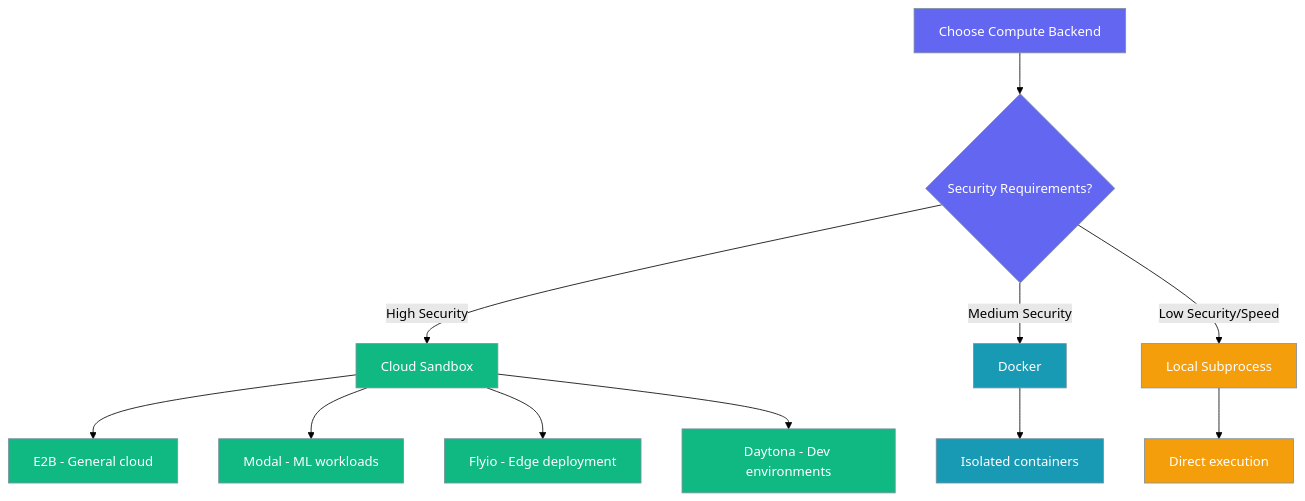
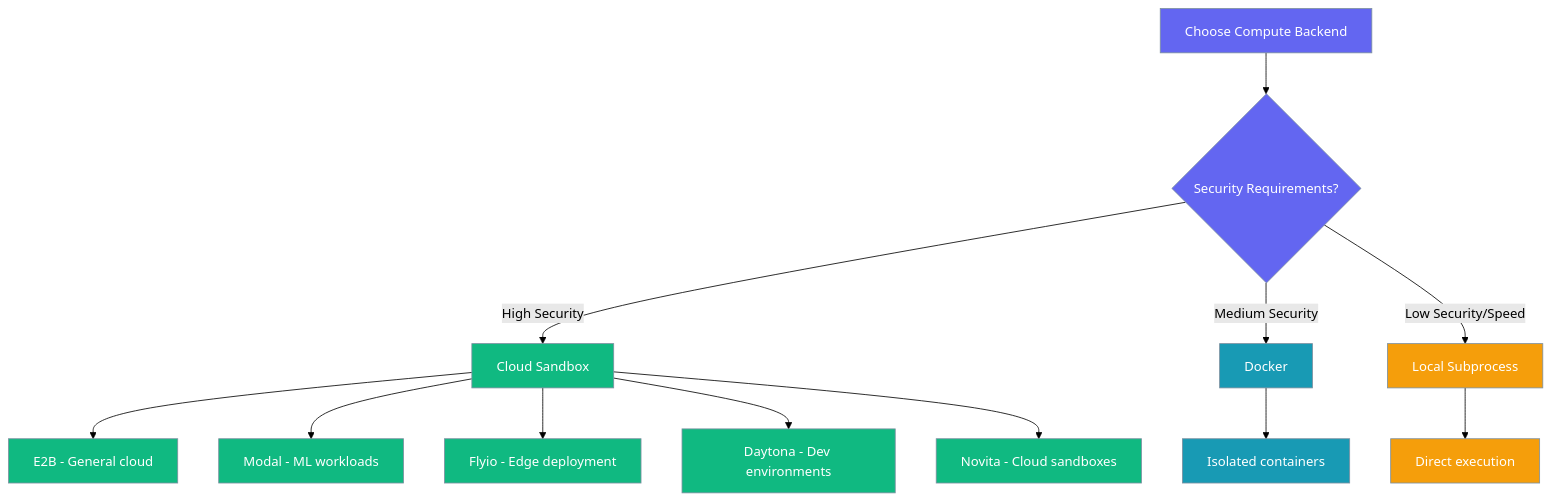
Before and after one commit to MervinPraison/PraisonAIDocs: the third of 3 diagrams in docs/features/local-agent.mdx, drawn with Mermaid (forest theme). The commit also changed other lines of this file and 9 other files, not shown here.

Commit message:
docs: add Novita cloud sandbox backend to sandbox pages (fixes #2804)

````diff
--- a/docs/features/local-agent.mdx
+++ b/docs/features/local-agent.mdx
@@ -343,25 +362,26 @@
 ```mermaid
 graph TB
     A[Choose Compute Backend] --> B{Security Requirements?}
     B -->|High Security| C[Cloud Sandbox]
     B -->|Medium Security| D[Docker]
     B -->|Low Security/Speed| E[Local Subprocess]
     
     C --> F[E2B - General cloud]
     C --> G[Modal - ML workloads]
     C --> H[Flyio - Edge deployment]
     C --> I[Daytona - Dev environments]
+    C --> L[Novita - Cloud sandboxes]
     
     D --> J[Isolated containers]
     E --> K[Direct execution]
     
     classDef cloud fill:#10B981,stroke:#7C90A0,color:#fff
     classDef docker fill:#189AB4,stroke:#7C90A0,color:#fff
     classDef local fill:#F59E0B,stroke:#7C90A0,color:#fff
     classDef decision fill:#6366F1,stroke:#7C90A0,color:#fff
     
-    class C,F,G,H,I cloud
+    class C,F,G,H,I,L cloud
     class D,J docker
     class E,K local
     class A,B decision
 ```
````
